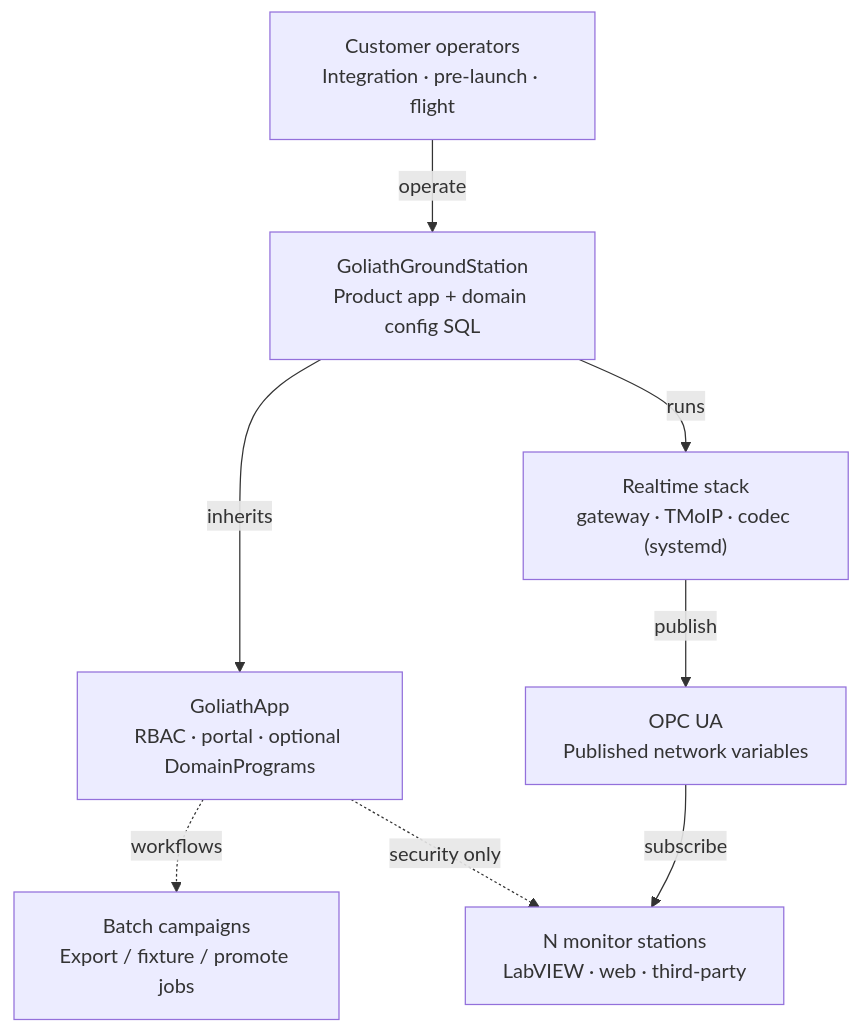
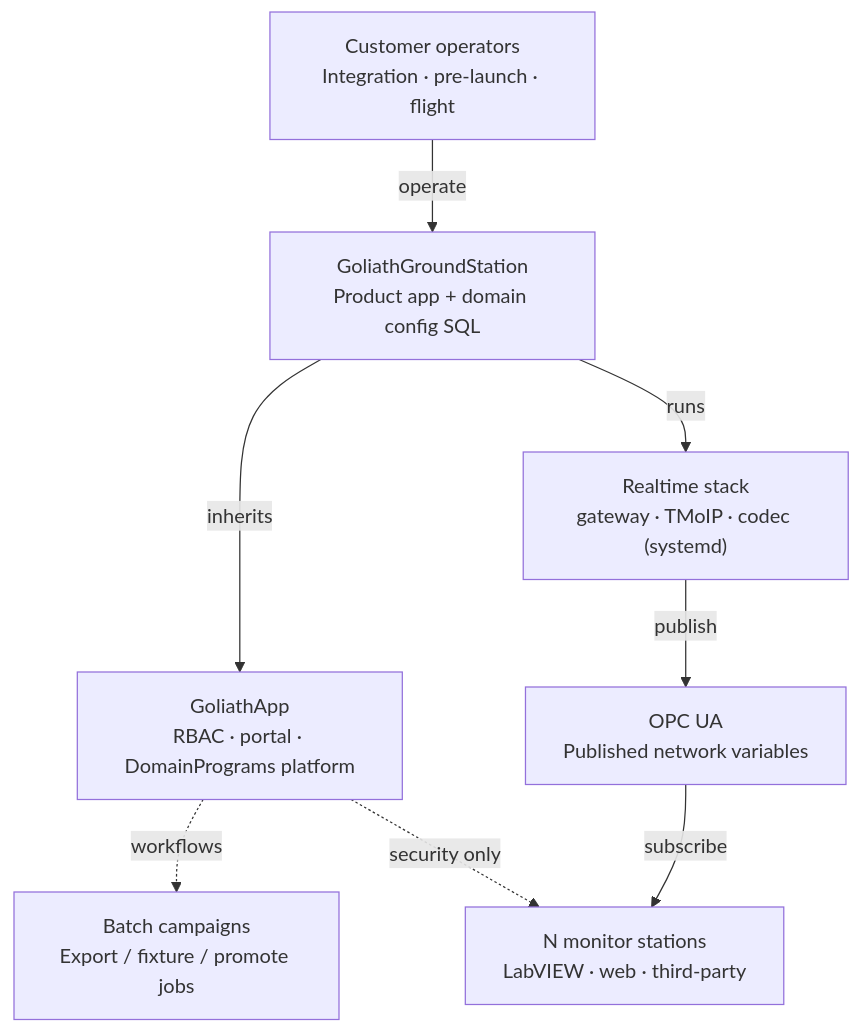
Before and after one commit to Goliath-Research/GoliathGroundStation: the fourth of 5 diagrams in docs/conversion-plan.md, drawn with Mermaid. The commit also changed other lines of this file and 5 other files, not shown here.

First line of the commit message:
docs: encode Oct 27 plan — DomainPrograms, dual activation tiers, Phase 4 UI (#9)

````diff
--- a/docs/conversion-plan.md
+++ b/docs/conversion-plan.md
@@ -92,17 +94,17 @@
 ```mermaid
 flowchart TB
   cust["Customer operators\nIntegration · pre-launch · flight"]
   ggs["GoliathGroundStation\nProduct app + domain config SQL"]
-  gap["GoliathApp\nRBAC · portal · optional DomainPrograms"]
+  gap["GoliathApp\nRBAC · portal · DomainPrograms platform"]
   rt["Realtime stack\ngateway · TMoIP · codec (systemd)"]
   opc["OPC UA\nPublished network variables"]
   mon["N monitor stations\nLabVIEW · web · third-party"]
   batch["Batch campaigns\nExport / fixture / promote jobs"]
   cust -->|operate| ggs
   ggs -->|inherits| gap
   ggs -->|runs| rt
   rt -->|publish| opc
   opc -->|subscribe| mon
   gap -.->|workflows| batch
   gap -.->|security only| mon
 ```
````
